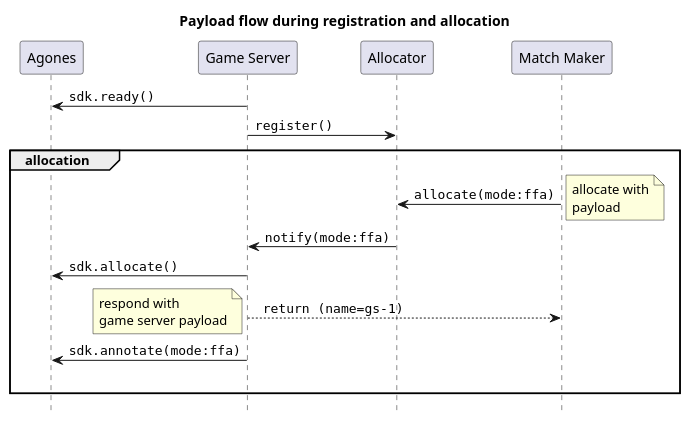
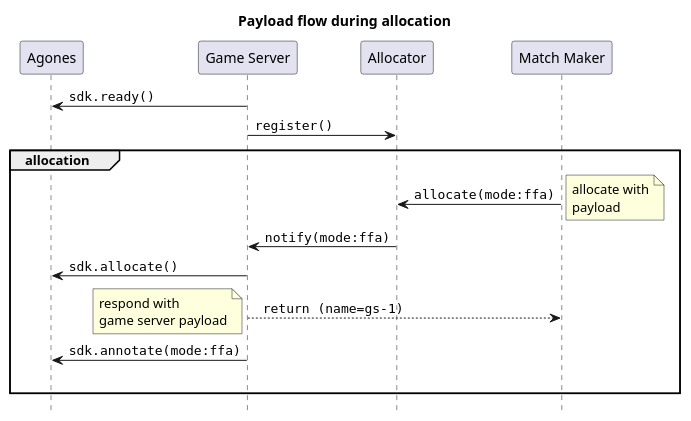
The diagram in src/multiplayer-servers/multiplayer-services/server-allocation/images/allocating-from-armadas/request-payload.puml (GameFabric/docs), drawn with PlantUML before and after one commit. The commit also changed 2 other files, not shown here.

```diff
--- a/src/multiplayer-servers/multiplayer-services/server-allocation/images/allocating-from-armadas/request-payload.puml
+++ b/src/multiplayer-servers/multiplayer-services/server-allocation/images/allocating-from-armadas/request-payload.puml
@@ -1,33 +1,32 @@
 @startuml
 
 ' Header.
 
-title Payload flow during registration and allocation
+title Payload flow during allocation
 
 hide footbox
 
 participant Agones
 participant "Game Server"
 participant Allocator
 participant "Match Maker"
 
 "Game Server" -> Agones : ""sdk.ready()""
 "Game Server" -> Allocator : ""register()""
 
 group allocation
-"Match Maker" -> "Allocator" : ""allocate(mode:ffa)""
-note right: allocate with\npayload
+    "Match Maker" -> "Allocator" : ""allocate(mode:ffa)""
+    note right: allocate with\npayload
 
-"Allocator" -> "Game Server" : ""notify(mode:ffa)""
+    "Allocator" -> "Game Server" : ""notify(mode:ffa)""
 
-"Game Server" -> Agones : ""sdk.allocate()""
-"Game Server" --> "Match Maker" : "" return (name=gs-1)""
-note left: respond with\ngame server payload
+    "Game Server" -> Agones : ""sdk.allocate()""
+    "Game Server" --> "Match Maker" : "" return (name=gs-1)""
+    note left: respond with\ngame server payload
 
-"Game Server" -> Agones : ""sdk.annotate(mode:ffa)""
+    "Game Server" -> Agones : ""sdk.annotate(mode:ffa)""
 
-|||
-
+    |||
 end
 
 @enduml
```
